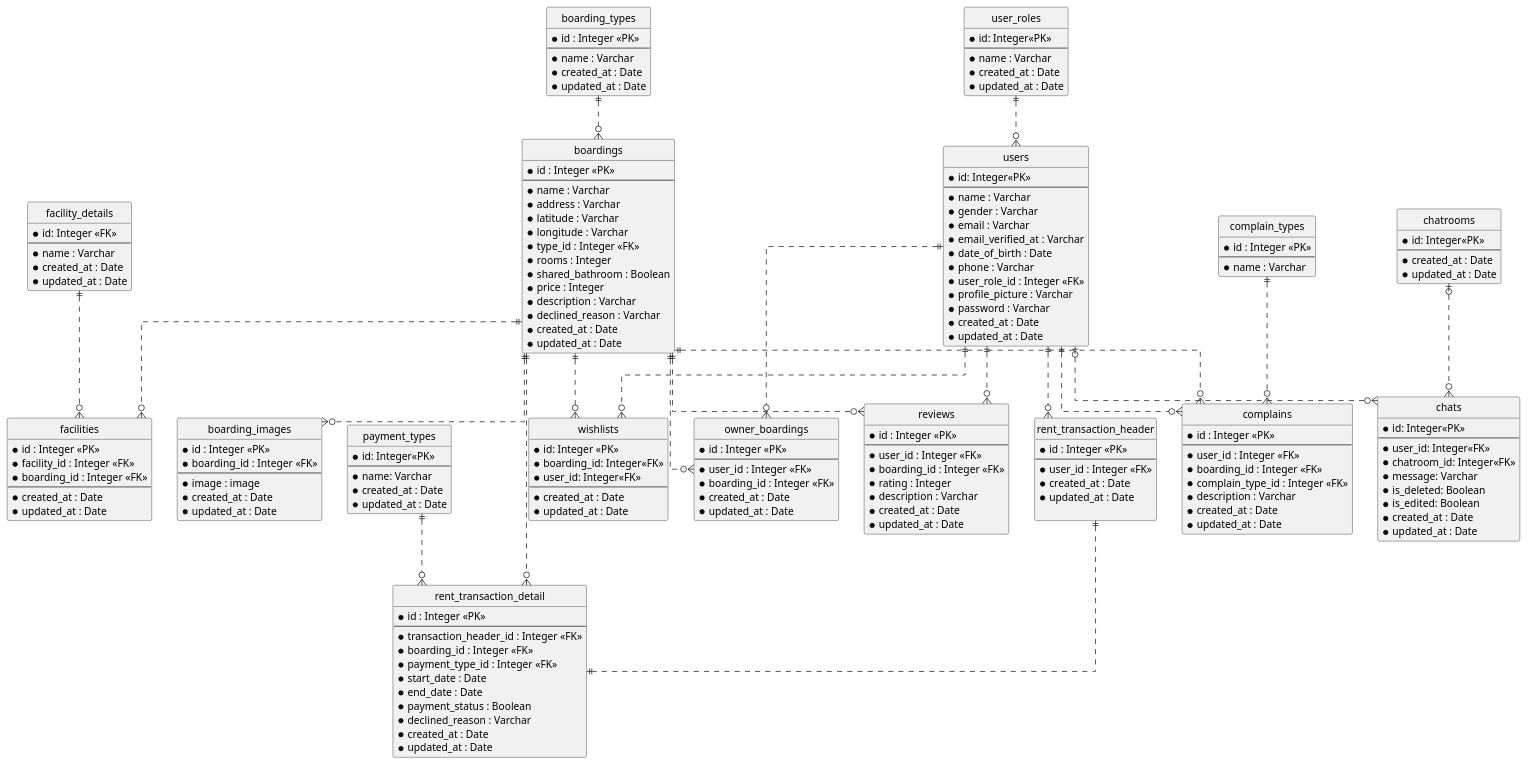
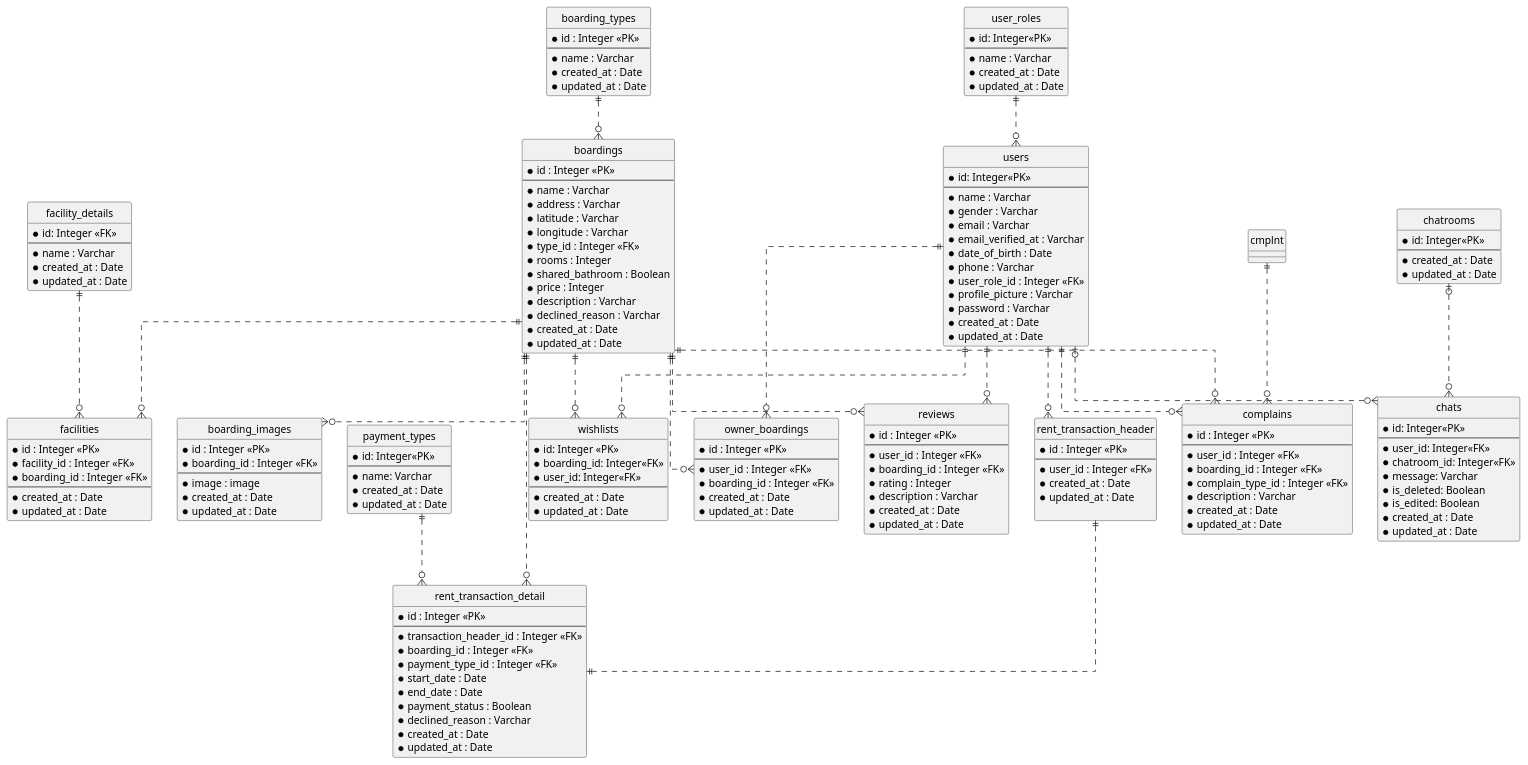
One commit to AntWort21/BHFMS changed the diagram in Design/BHFMS_ERD.puml. Above: the diagram before and after it, drawn with PlantUML. The commit also changed 15 other files, not shown here.

```diff
--- a/Design/BHFMS_ERD.puml
+++ b/Design/BHFMS_ERD.puml
@@ -136,12 +136,6 @@
   *updated_at : Date
 }
 
-entity "complain_types" as cmplnt {
-  *id : Integer <<PK>>
-  --
-  *name : Varchar
-}
-
 ' Composite key
 entity "wishlists" as fr {
   *id: Integer <<PK>>
```
